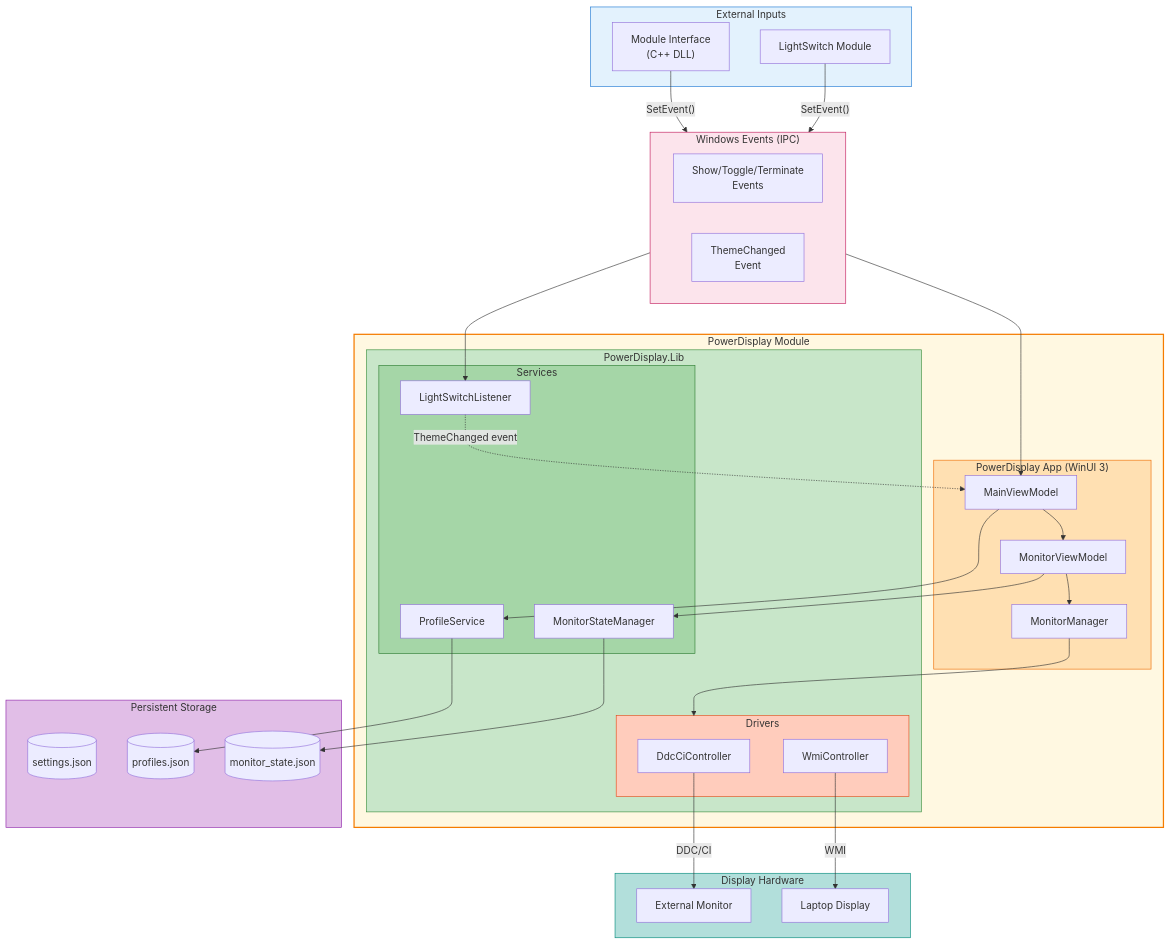
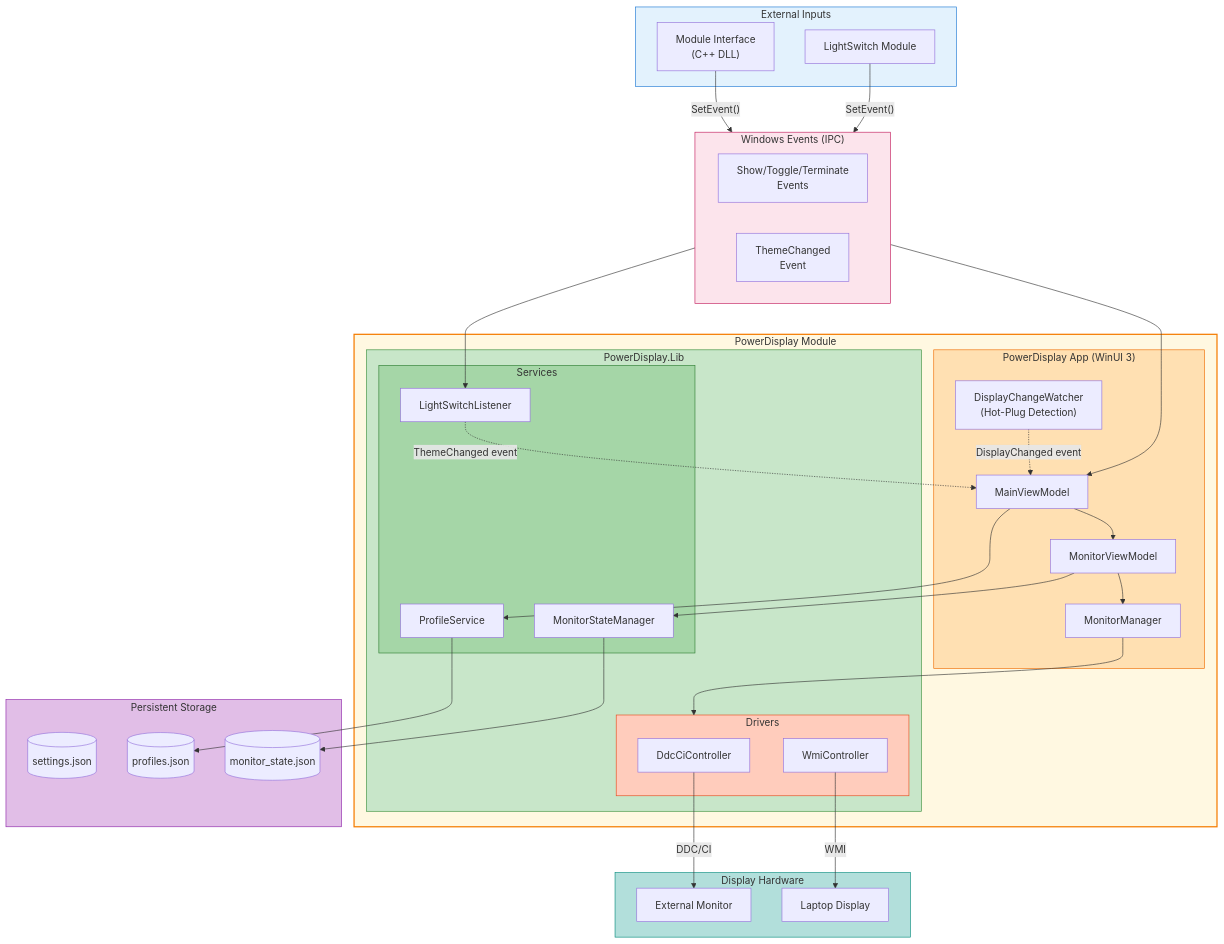
The second of 14 diagrams in doc/devdocs/modules/powerdisplay/design.md (microsoft/PowerToys), drawn with Mermaid before and after one commit. The commit also changed other lines of this file and 3 other files, not shown here.

First line of the commit message:
Add DisplayChangeWatcher for monitor hot-plug detection

```diff
--- a/doc/devdocs/modules/powerdisplay/design.md
+++ b/doc/devdocs/modules/powerdisplay/design.md
@@ -221,6 +244,7 @@
             MainViewModel
             MonitorViewModel
             MonitorManager
+            DisplayChangeWatcher["DisplayChangeWatcher<br/>(Hot-Plug Detection)"]
         end
 
         subgraph PowerDisplayLib["PowerDisplay.Lib"]
@@ -259,6 +283,7 @@
     LightSwitchListener -.->|"ThemeChanged event"| MainViewModel
     MainViewModel --> MonitorViewModel
     MonitorViewModel --> MonitorManager
+    DisplayChangeWatcher -.->|"DisplayChanged event"| MainViewModel
 
     %% App to Lib services
     MainViewModel --> ProfileService
```
